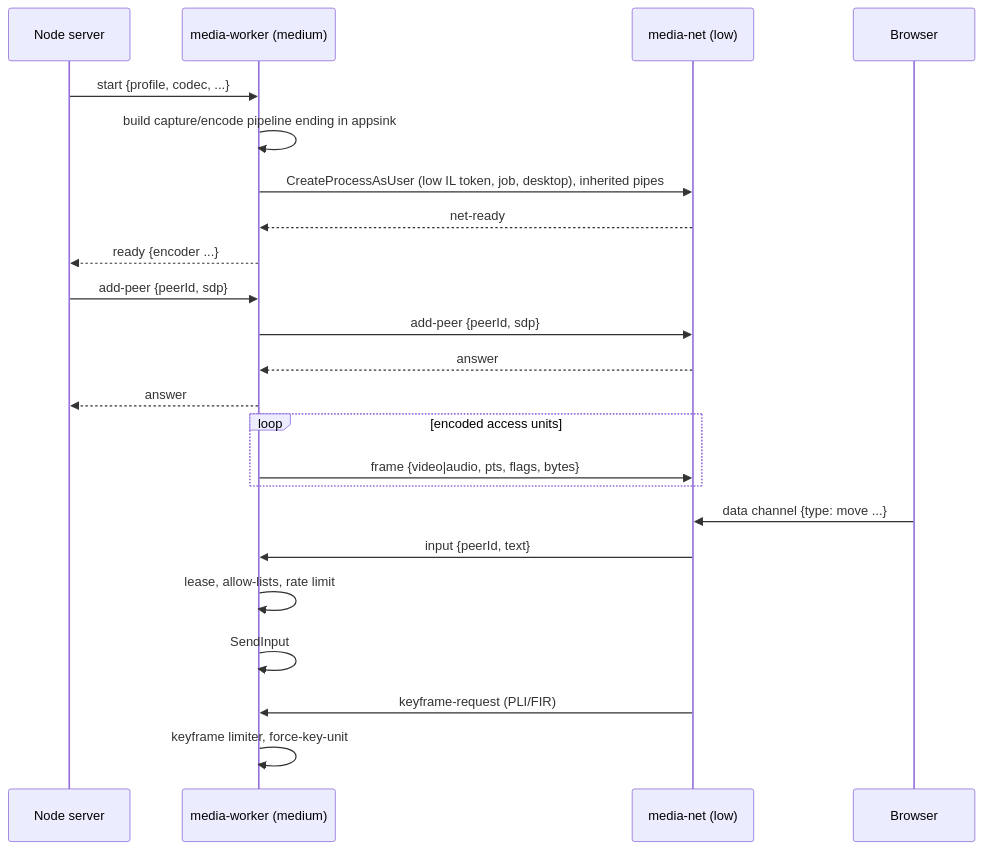
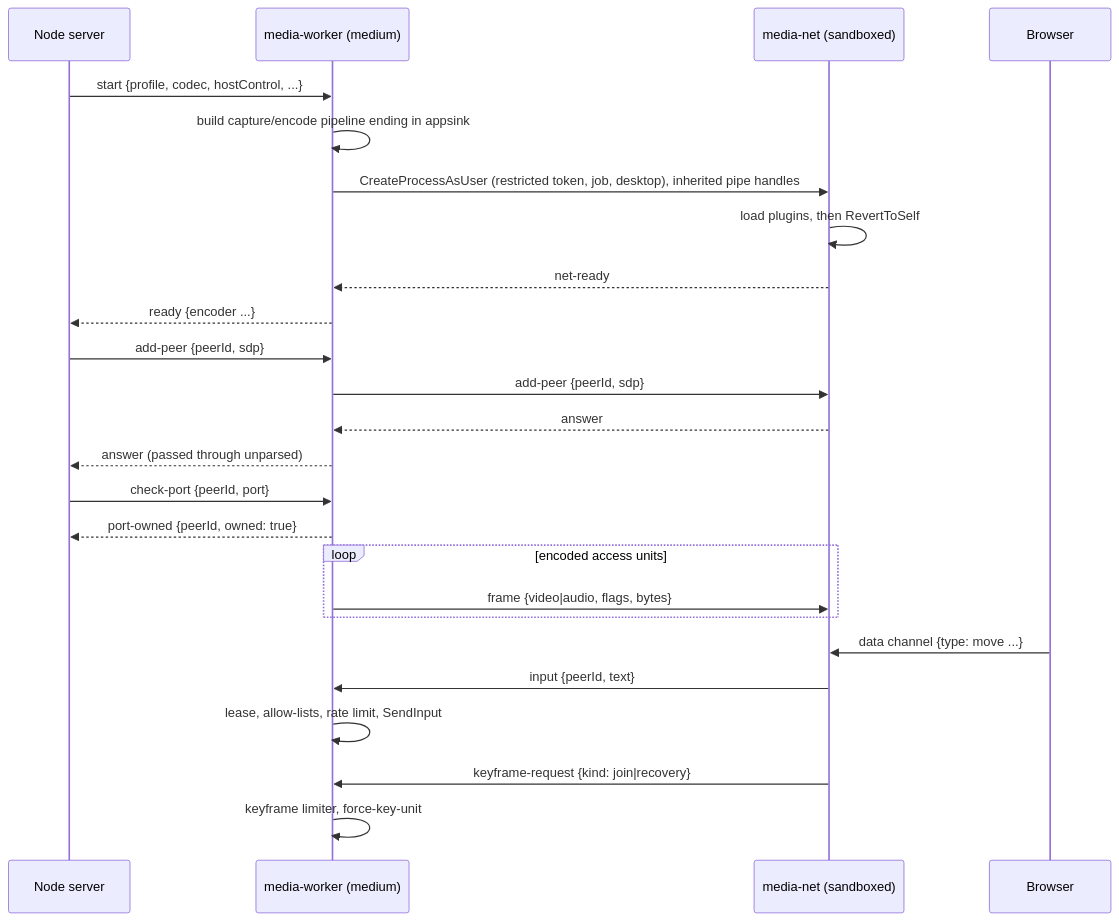
One commit to kiforsbe/vidvnc changed the fourth of 4 diagrams in docs/superpowers/specs/2026-09-26-r4-media-relay-and-privilege-split-design.md. Above: the diagram before and after it, drawn with Mermaid. The commit also changed other lines of this file and 1 other file, not shown here.

````diff
--- a/docs/superpowers/specs/2026-09-26-r4-media-relay-and-privilege-split-design.md
+++ b/docs/superpowers/specs/2026-09-26-r4-media-relay-and-privilege-split-design.md
@@ -362,26 +462,28 @@
 ```mermaid
 sequenceDiagram
     participant S as Node server
     participant W as media-worker (medium)
-    participant N as media-net (low)
+    participant N as media-net (sandboxed)
     participant B as Browser
 
-    S->>W: start {profile, codec, ...}
+    S->>W: start {profile, codec, hostControl, ...}
     W->>W: build capture/encode pipeline ending in appsink
-    W->>N: CreateProcessAsUser (low IL token, job, desktop), inherited pipes
+    W->>N: CreateProcessAsUser (restricted token, job, desktop), inherited pipe handles
+    N->>N: load plugins, then RevertToSelf
     N-->>W: net-ready
     W-->>S: ready {encoder ...}
     S->>W: add-peer {peerId, sdp}
     W->>N: add-peer {peerId, sdp}
     N-->>W: answer
-    W-->>S: answer
+    W-->>S: answer (passed through unparsed)
+    S->>W: check-port {peerId, port}
+    W-->>S: port-owned {peerId, owned: true}
     loop encoded access units
-        W->>N: frame {video|audio, pts, flags, bytes}
+        W->>N: frame {video|audio, flags, bytes}
     end
     B->>N: data channel {type: move ...}
     N->>W: input {peerId, text}
-    W->>W: lease, allow-lists, rate limit
-    W->>W: SendInput
-    N->>W: keyframe-request (PLI/FIR)
+    W->>W: lease, allow-lists, rate limit, SendInput
+    N->>W: keyframe-request {kind: join|recovery}
     W->>W: keyframe limiter, force-key-unit
 ```
````
